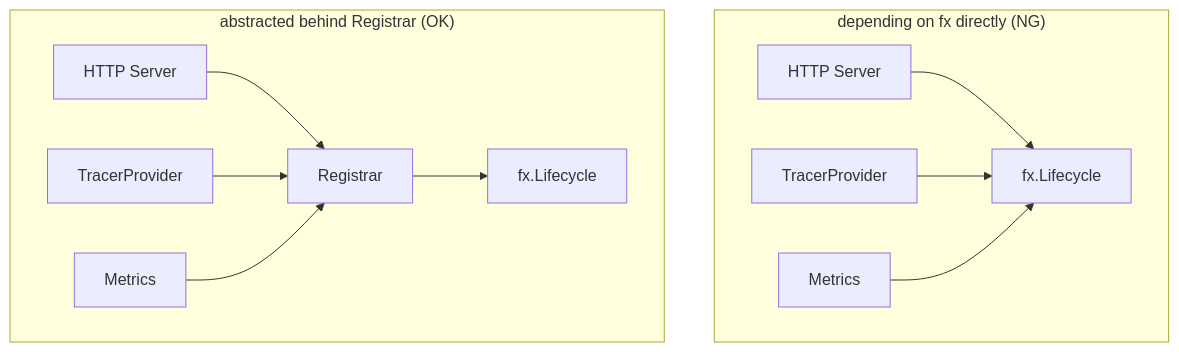
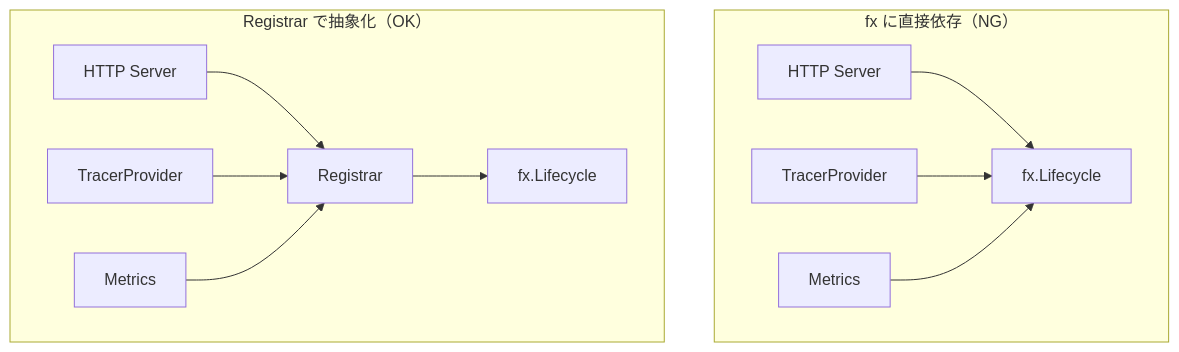
One commit to Tomy-ch/go-boilerplate changed the diagram in internal/di/lifecycle/README.md. Above: the diagram before and after it, drawn with Mermaid. The commit also changed other lines of this file and 970 other files, not shown here.

````diff
--- a/internal/di/lifecycle/README.md
+++ b/internal/di/lifecycle/README.md
@@ -11,15 +13,15 @@
 ```mermaid
 flowchart TB
-    subgraph "depending on fx directly (NG)"
+    subgraph "fx に直接依存（NG）"
         Server1["HTTP Server"] --> FxLC["fx.Lifecycle"]
         Tracer1["TracerProvider"] --> FxLC
         Metrics1["Metrics"] --> FxLC
     end
 
-    subgraph "abstracted behind Registrar (OK)"
+    subgraph "Registrar で抽象化（OK）"
         Server2["HTTP Server"] --> Reg["Registrar"]
         Tracer2["TracerProvider"] --> Reg
         Metrics2["Metrics"] --> Reg
         Reg --> FxLC2["fx.Lifecycle"]
     end
 ```
````
